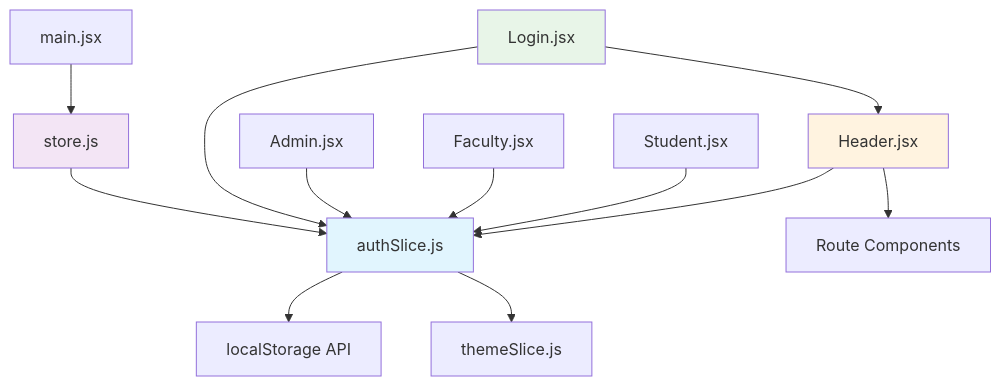
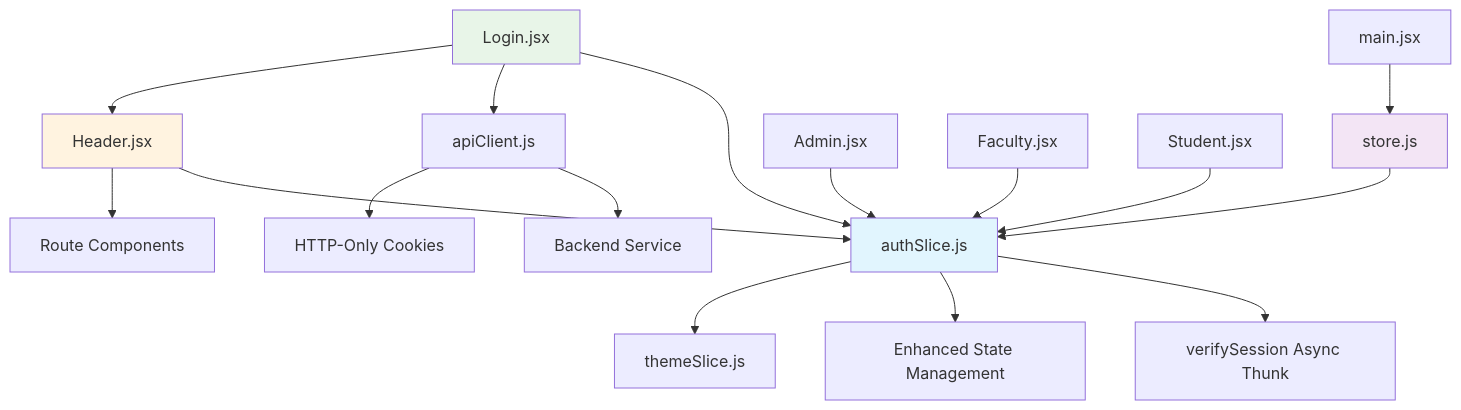
The fourth of 4 diagrams in .qoder/repowiki/en/content/Authentication & Authorization/Frontend Authentication State Management.md (Aryan9060/Timetable-Project), drawn with Mermaid before and after one commit. The commit also changed other lines of this file and 7 other files, not shown here.

````diff
--- a/.qoder/repowiki/en/content/Authentication & Authorization/Frontend Authentication State Management.md
+++ b/.qoder/repowiki/en/content/Authentication & Authorization/Frontend Authentication State Management.md
@@ -241,18 +355,22 @@
 ```mermaid
 graph TD
-AuthSlice[authSlice.js] --> LocalStorage[localStorage API]
+AuthSlice[authSlice.js] --> AsyncThunk[verifySession Async Thunk]
+AuthSlice --> LocalStorage[Enhanced State Management]
 Store[store.js] --> AuthSlice
 Login[Login.jsx] --> AuthSlice
+Login --> ApiClient[apiClient.js]
 Header[Header.jsx] --> AuthSlice
 Admin[Admin.jsx] --> AuthSlice
 Faculty[Faculty.jsx] --> AuthSlice
 Student[Student.jsx] --> AuthSlice
 Main[main.jsx] --> Store
 AuthSlice --> ThemeSlice[themeSlice.js]
 Login --> Header
 Header --> Routes[Route Components]
+ApiClient --> Backend[Backend Service]
+ApiClient --> Cookies[HTTP-Only Cookies]
 style AuthSlice fill:#e1f5fe
 style Store fill:#f3e5f5
 style Login fill:#e8f5e8
 style Header fill:#fff3e0
 ```
````
